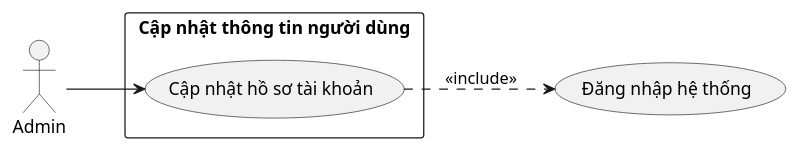
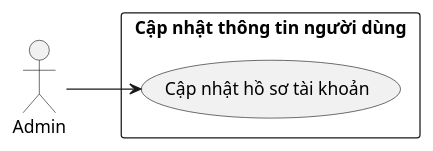
One commit to Tuienn/e-voting-latex changed the diagram in PlantUML/Usecase/Cap-nhat-nguoi-dung.puml. Above: the diagram before and after it, drawn with PlantUML. The commit also changed 31 other files, not shown here.

```diff
--- a/PlantUML/Usecase/Cap-nhat-nguoi-dung.puml
+++ b/PlantUML/Usecase/Cap-nhat-nguoi-dung.puml
@@ -1,15 +1,10 @@
 @startuml CapNhatNguoiDung_UC
 left to right direction
-skinparam packageStyle rectangle
-
 actor "Admin" as admin
-
-usecase "Đăng nhập hệ thống" as UC_Login
 
 rectangle "Cập nhật thông tin người dùng" {
   usecase "Cập nhật hồ sơ tài khoản" as UC_Update
 }
 
 admin --> UC_Update
-UC_Update ..> UC_Login : <<include>>
 @enduml
```
